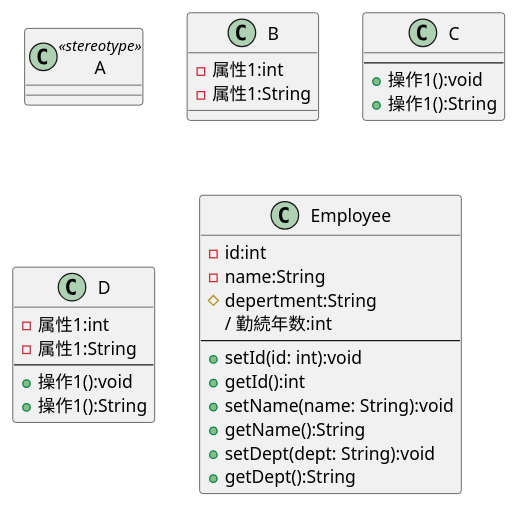
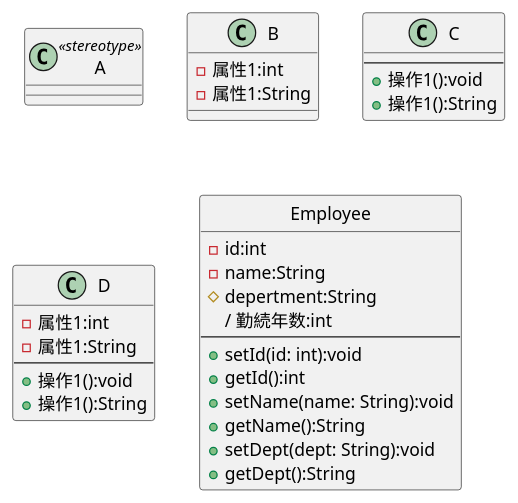
One commit to koha0516/uml-introduction changed the diagram in 図3-1_クラスの種類.pu. Above: the diagram before and after it, drawn with PlantUML. The commit also changed 1 other file, not shown here.

Commit message:
図3

```diff
--- a/図3-1_クラスの種類.pu
+++ b/図3-1_クラスの種類.pu
@@ -1,36 +1,37 @@
 @startuml
 ' skinparam classAttributeIconSize 0
 class A <<stereotype>>{
 
 }
 class B {
 - 属性1:int
 - 属性1:String
 }
 class C {
 ---
 + 操作1():void
 + 操作1():String
 }
 class D {
 - 属性1:int
 - 属性1:String
 ---
 + 操作1():void
 + 操作1():String
 }
 
 class Employee {
 - id:int
 - name:String
 # depertment:String
 / 勤続年数:int
 ---
 + setId(id: int):void
 + getId():int
 + setName(name: String):void
 + getName():String
 + setDept(dept: String):void
 + getDept():String
 }
+hide Employee circle
 @endrtuml
```
